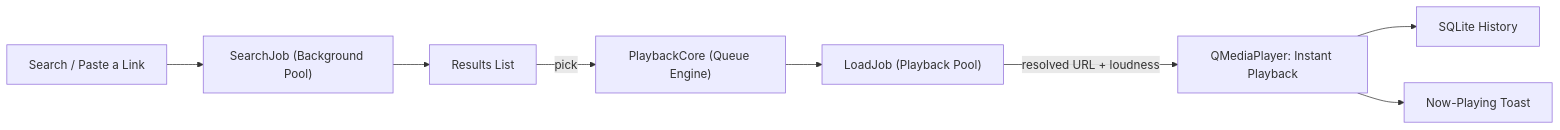
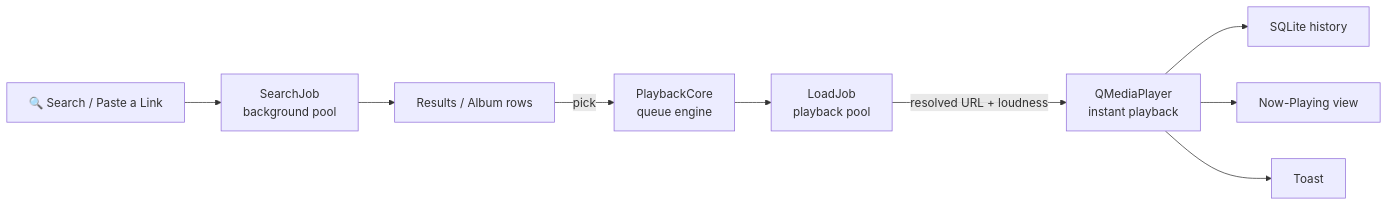
The first of 2 diagrams in README.md (qtjg/hearth), drawn with Mermaid before and after one commit. The commit also changed other lines of this file and 1 other file, not shown here.

Commit message:
docs: 3D README — isometric layer stack, radio-loop diagram, animated header, stats, firekeeper snake action

````diff
--- a/README.md
+++ b/README.md
@@ -181,10 +63,11 @@
 ```mermaid
 flowchart LR
-    A["Search / Paste a Link"] --> B["SearchJob (Background Pool)"]
-    B --> C["Results List"]
-    C -->|pick| D["PlaybackCore (Queue Engine)"]
-    D --> E["LoadJob (Playback Pool)"]
-    E -->|resolved URL + loudness| F["QMediaPlayer: Instant Playback"]
-    F --> G["SQLite History"]
-    F --> H["Now-Playing Toast"]
+    A["🔍 Search / Paste a Link"] --> B["SearchJob<br/>background pool"]
+    B --> C["Results / Album rows"]
+    C -->|pick| D["PlaybackCore<br/>queue engine"]
+    D --> E["LoadJob<br/>playback pool"]
+    E -->|resolved URL + loudness| F["QMediaPlayer<br/>instant playback"]
+    F --> G["SQLite history"]
+    F --> H["Now-Playing view"]
+    F --> I["Toast"]
 ```
````
